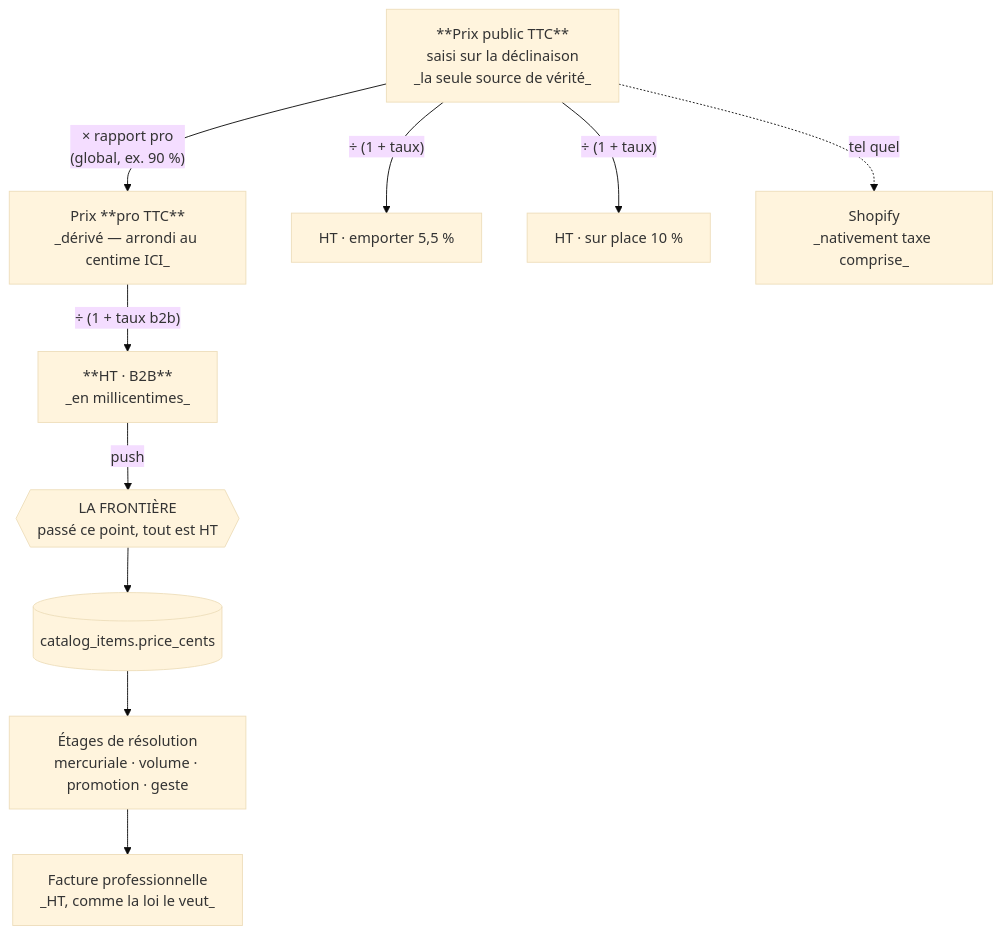
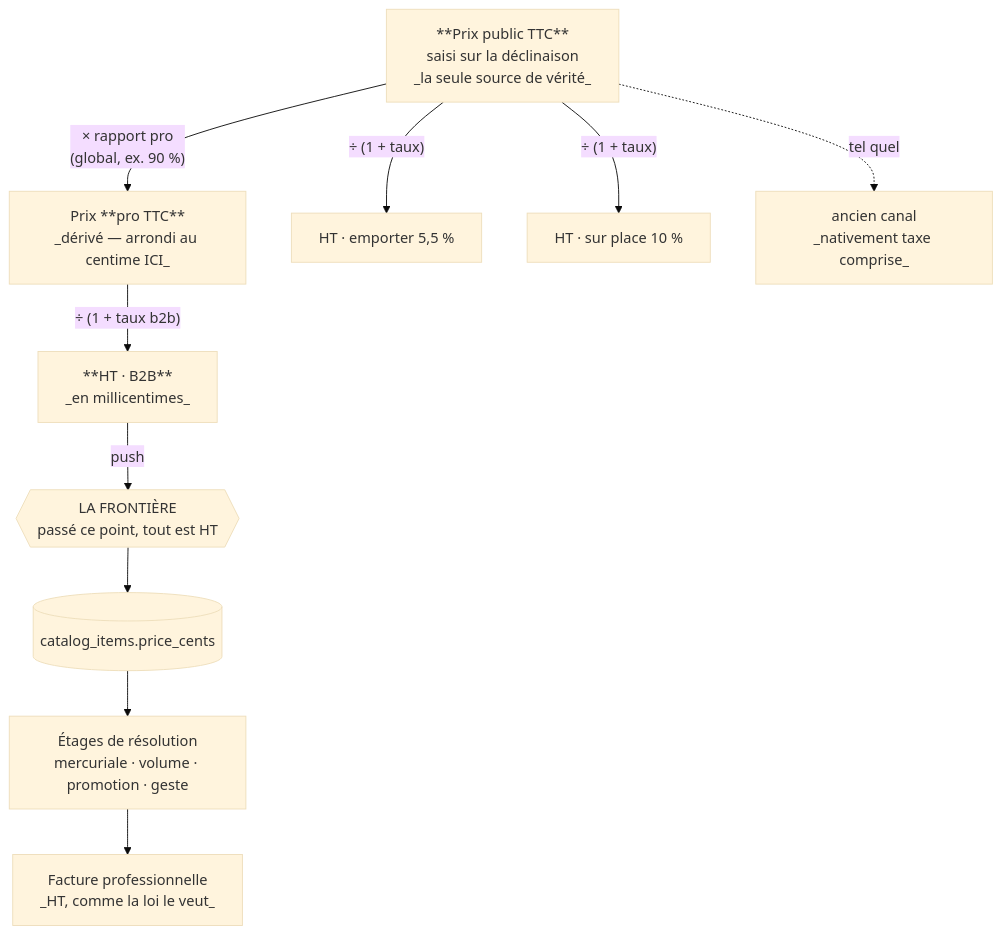
The diagram in documentation/pricing/architecture-prix-ancre-ttc.md (hugoheynard/lfd), drawn with Mermaid (base theme) before and after one commit. The commit also changed other lines of this file and 39 other files, not shown here.

````diff
--- a/documentation/pricing/architecture-prix-ancre-ttc.md
+++ b/documentation/pricing/architecture-prix-ancre-ttc.md
@@ -55,16 +55,16 @@
 ```mermaid
 flowchart TD
   Public["**Prix public TTC**<br/>saisi sur la déclinaison<br/>_la seule source de vérité_"]
 
   Public -->|"× rapport pro<br/>(global, ex. 90 %)"| Pro["Prix **pro TTC**<br/>_dérivé — arrondi au centime ICI_"]
   Public -->|"÷ (1 + taux)"| HtEmporter["HT · emporter 5,5 %"]
   Public -->|"÷ (1 + taux)"| HtSurPlace["HT · sur place 10 %"]
   Pro -->|"÷ (1 + taux b2b)"| HtB2b["**HT · B2B**<br/>_en millicentimes_"]
 
   HtB2b -->|push| Frontiere{{"LA FRONTIÈRE<br/>passé ce point, tout est HT"}}
   Frontiere --> Miroir[("catalog_items.price_cents")]
   Miroir --> Etages["Étages de résolution<br/>mercuriale · volume · promotion · geste"]
   Etages --> Facture["Facture professionnelle<br/>_HT, comme la loi le veut_"]
 
-  Public -.->|"tel quel"| Shopify["Shopify<br/>_nativement taxe comprise_"]
+  Public -.->|"tel quel"| Former["ancien canal<br/>_nativement taxe comprise_"]
 ```
````
